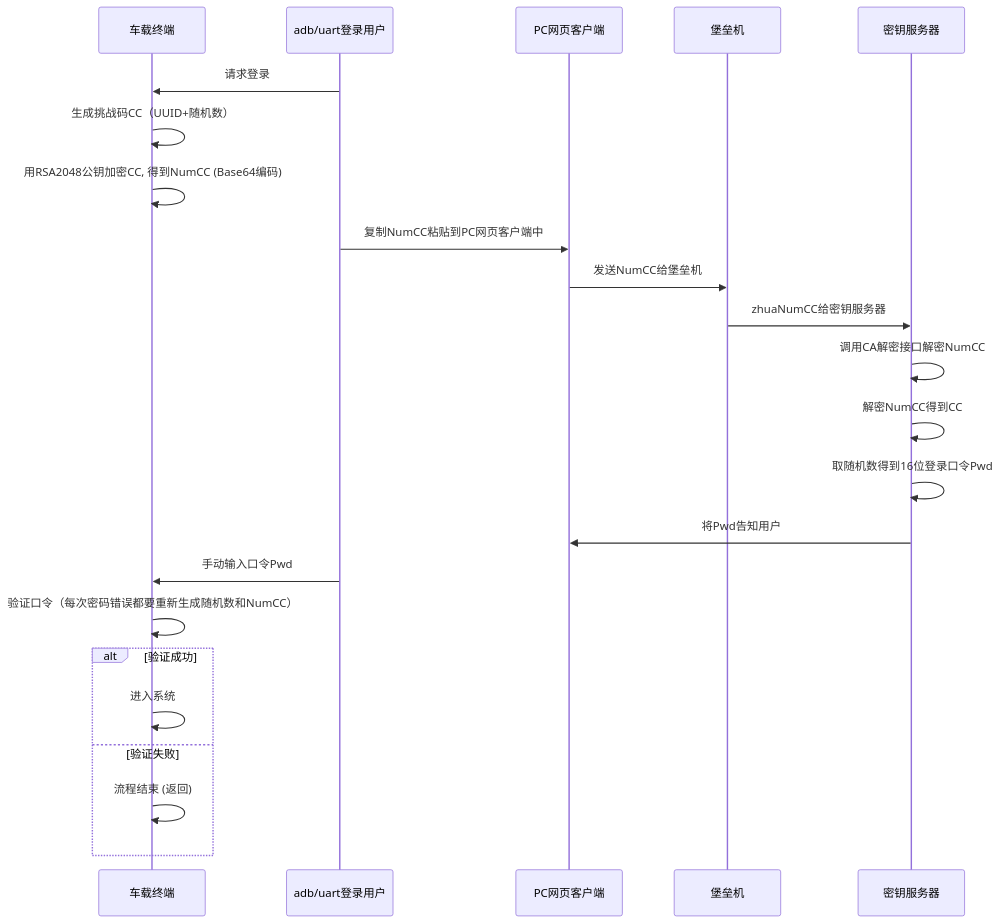
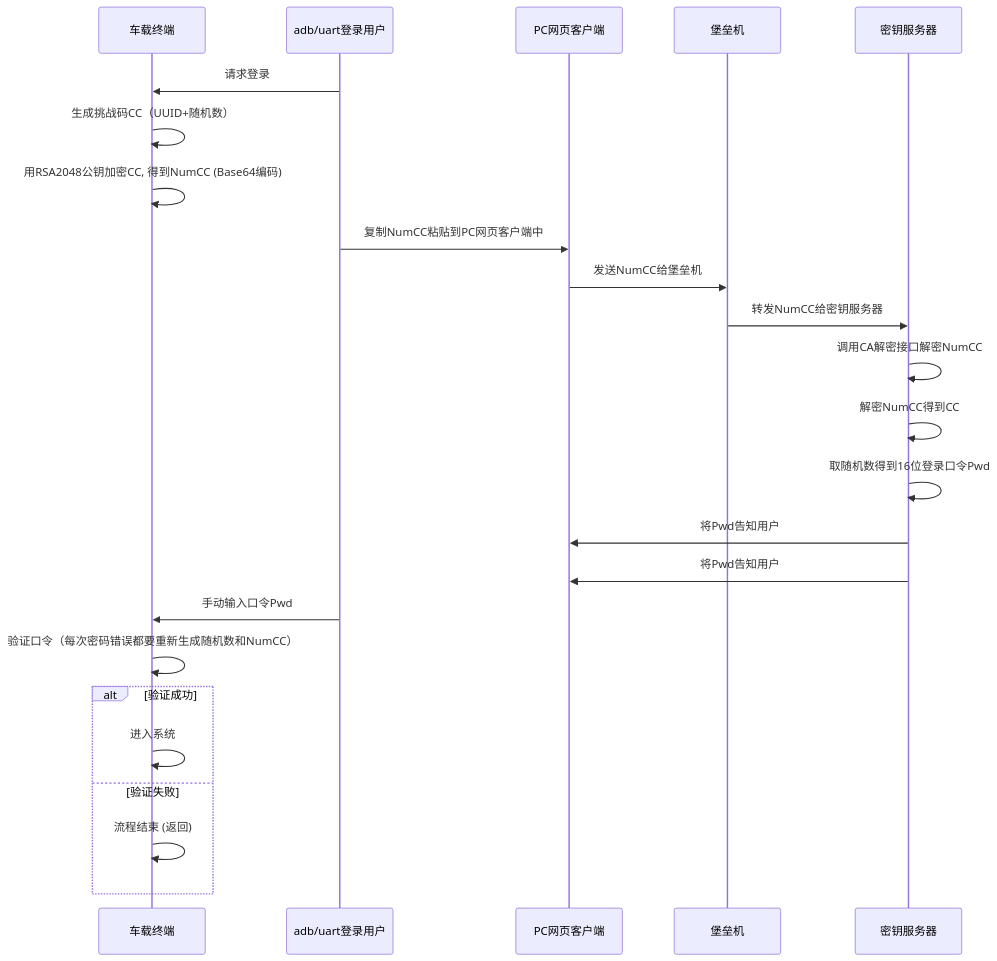
Before and after one commit to facebook-cloud/iodraw-files: the diagram in all/未命名-16.md, drawn with Mermaid.

Commit message:
2026-02-05 18:05:14 update

````diff
--- a/all/未命名-16.md
+++ b/all/未命名-16.md
@@ -1,29 +1,30 @@
 ```mermaid
 sequenceDiagram
     participant tbox as 车载终端
     participant user as adb/uart登录用户
     participant pc as PC网页客户端
     participant bastion as 堡垒机
     participant tech_center as 密钥服务器
   
 
     user->>tbox: 请求登录
     tbox->>tbox: 生成挑战码CC（UUID+随机数）
     tbox->>tbox: 用RSA2048公钥加密CC, 得到NumCC (Base64编码)
     user->>pc: 复制NumCC粘贴到PC网页客户端中
     pc->>bastion: 发送NumCC给堡垒机
-    bastion->>tech_center: zhuaNumCC给密钥服务器
+    bastion->>tech_center: 转发NumCC给密钥服务器
     tech_center->>tech_center: 调用CA解密接口解密NumCC
     tech_center->>tech_center: 解密NumCC得到CC
     tech_center->>tech_center: 取随机数得到16位登录口令Pwd
+    tech_center->>pc: 将Pwd告知用户
     tech_center->>pc: 将Pwd告知用户
     user->>tbox: 手动输入口令Pwd
     tbox->>tbox: 验证口令（每次密码错误都要重新生成随机数和NumCC）
     alt 验证成功
         tbox->>tbox: 进入系统
     else 验证失败
         tbox->>tbox: 流程结束 (返回)
     end
 
 
 ```
````
